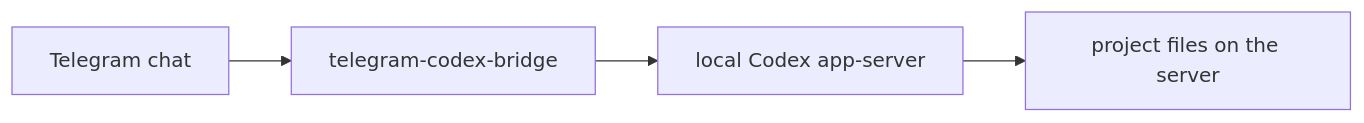
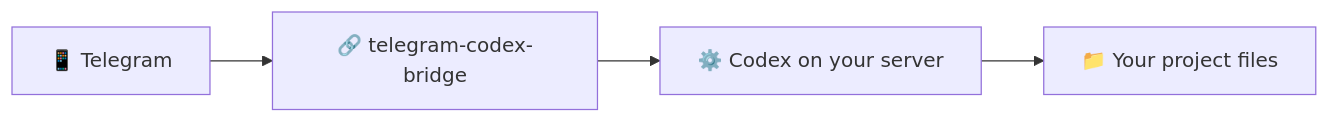
Before and after one commit to InDreamer/telegram-codex-bridge: the diagram in README.md, drawn with Mermaid. The commit also changed other lines of this file, not shown here.

First line of the commit message:
Revamp README for user-facing project showcase

````diff
--- a/README.md
+++ b/README.md
@@ -12,6 +25,6 @@
 ```mermaid
 flowchart LR
-  TG[Telegram chat] --> BR[telegram-codex-bridge]
-  BR --> CX[local Codex app-server]
-  CX --> PRJ[project files on the server]
+  TG["📱 Telegram"] --> BR["🔗 telegram-codex-bridge"]
+  BR --> CX["⚙️ Codex on your server"]
+  CX --> PRJ["📁 Your project files"]
 ```
````
